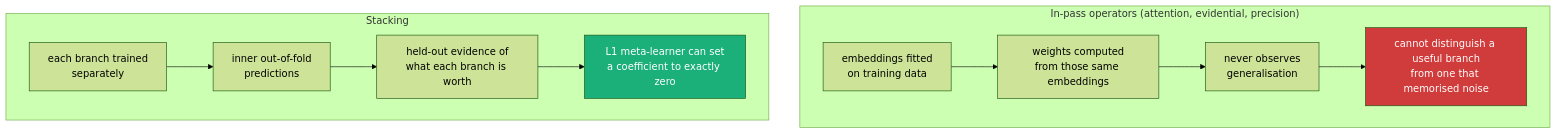
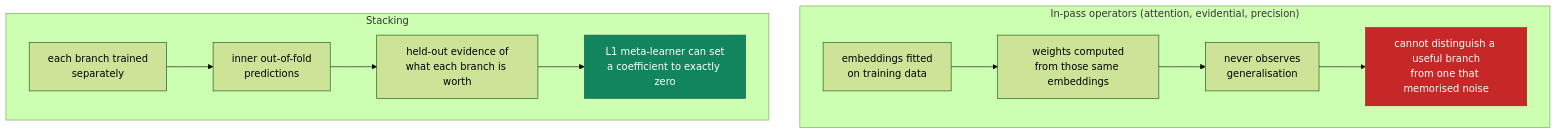
The third of 3 diagrams in README.md (Somoru/cmha-rupture-leakage), drawn with Mermaid (forest theme) before and after one commit. The commit also changed other lines of this file, not shown here.

First line of the commit message:
Fix mermaid label contrast in dark mode

````diff
--- a/README.md
+++ b/README.md
@@ -182,17 +182,17 @@
 ```mermaid
 flowchart TD
     subgraph IP["In-pass operators (attention, evidential, precision)"]
         A1["embeddings fitted<br/>on training data"] --> A2["weights computed<br/>from those same embeddings"]
         A2 --> A3["never observes<br/>generalisation"]
         A3 --> A4["cannot distinguish a useful branch<br/>from one that memorised noise"]
     end
 
     subgraph ST["Stacking"]
         B1["each branch trained<br/>separately"] --> B2["inner out-of-fold<br/>predictions"]
         B2 --> B3["held-out evidence of<br/>what each branch is worth"]
         B3 --> B4["L1 meta-learner can set<br/>a coefficient to exactly zero"]
     end
 
-    style A4 fill:#d03b3b,color:#fff
-    style B4 fill:#1baf7a,color:#fff
+    style A4 fill:#c62828,stroke:#8e1f1f,stroke-width:1px,color:#ffffff
+    style B4 fill:#13855e,stroke:#0c5c41,stroke-width:1px,color:#ffffff
 ```
````
